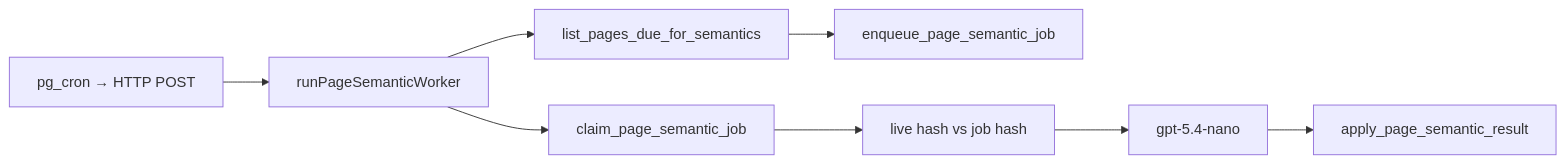
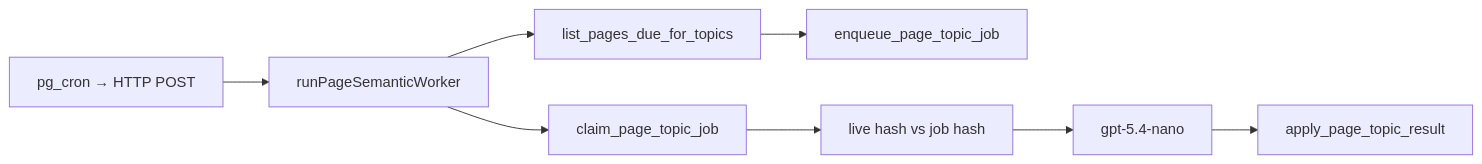
Before and after one commit to carlos-tamarind/tamarind-app: the diagram in docs/semantic/page_semantic.md, drawn with Mermaid. The commit also changed other lines of this file and 8 other files, not shown here.

````diff
--- a/docs/semantic/page_semantic.md
+++ b/docs/semantic/page_semantic.md
@@ -9,10 +9,10 @@
 ```mermaid
 flowchart LR
   Cron["pg_cron → HTTP POST"] --> Worker["runPageSemanticWorker"]
-  Worker --> Sweep["list_pages_due_for_semantics"]
-  Sweep --> Enqueue["enqueue_page_semantic_job"]
-  Worker --> Claim["claim_page_semantic_job"]
+  Worker --> Sweep["list_pages_due_for_topics"]
+  Sweep --> Enqueue["enqueue_page_topic_job"]
+  Worker --> Claim["claim_page_topic_job"]
   Claim --> Guard["live hash vs job hash"]
   Guard --> LLM["gpt-5.4-nano"]
-  LLM --> Apply["apply_page_semantic_result"]
+  LLM --> Apply["apply_page_topic_result"]
 ```
````
